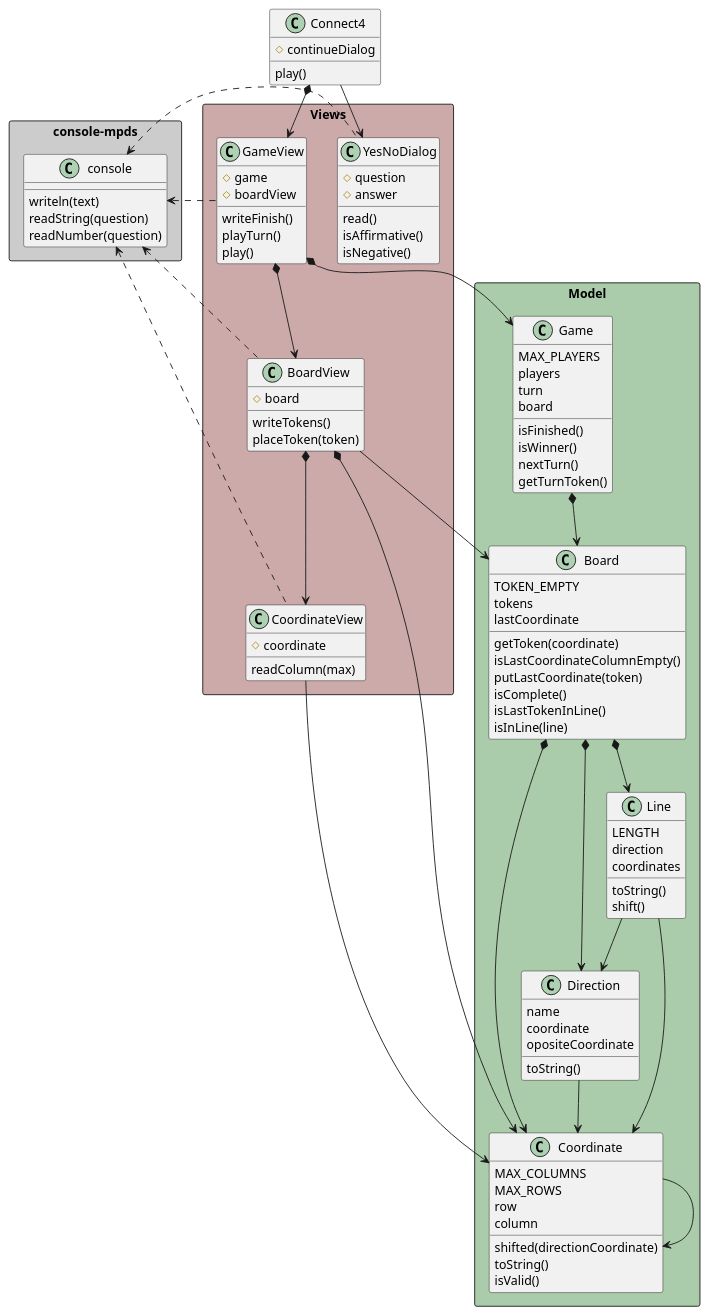
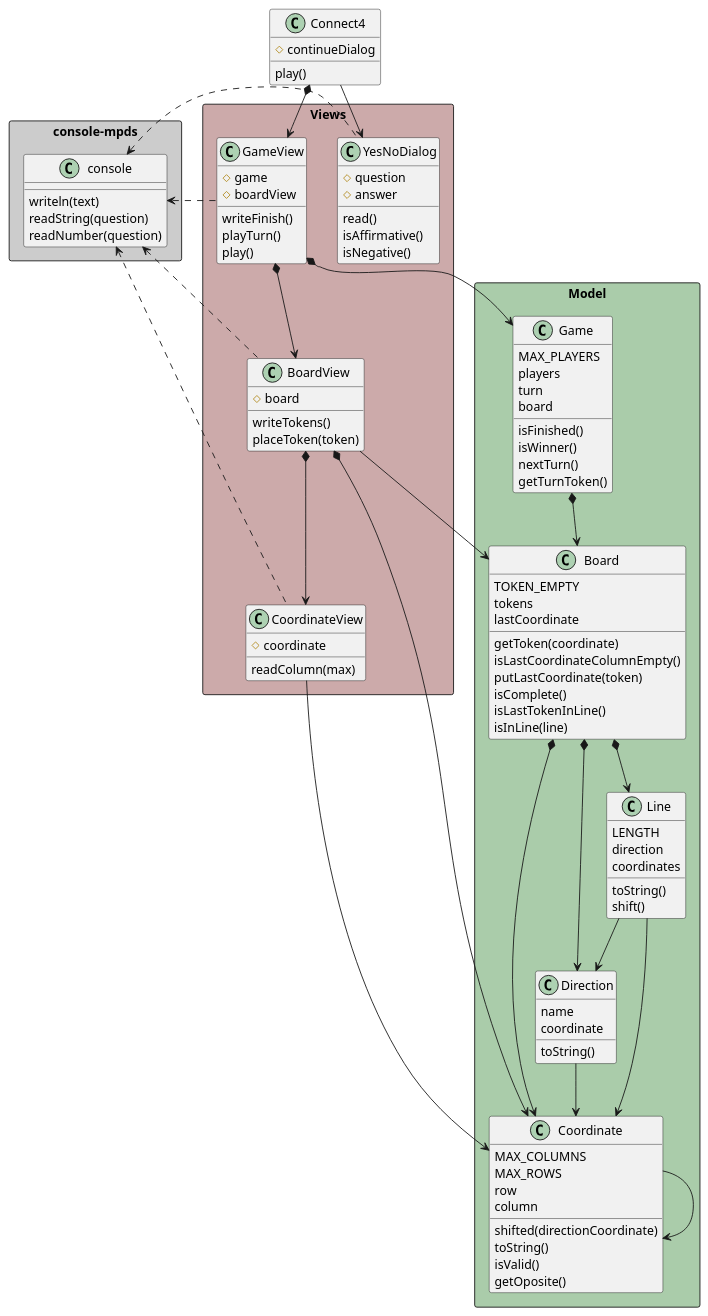
The diagram in game-connect4/docs/diagrams/objectOriented/constructorFunction/class diagram.plantuml (mpaulaherrero/escuelaIT), drawn with PlantUML before and after one commit. The commit also changed 2 other files, not shown here.

Commit message:
agregar Coordinate.getOposite y quitar Direction

```diff
--- a/game-connect4/docs/diagrams/objectOriented/constructorFunction/class diagram.plantuml
+++ b/game-connect4/docs/diagrams/objectOriented/constructorFunction/class diagram.plantuml
@@ -1,125 +1,125 @@
 @startuml connect4_constructorFunction_classdiagram
 
 package "console-mpds" <<Rectangle>> #ccc {
     class console {
         writeln(text)
         readString(question)
         readNumber(question)
     }
 }
 
 package "Model" <<Rectangle>> #aca {
     class Coordinate {
         MAX_COLUMNS
         MAX_ROWS
         row
         column
         shifted(directionCoordinate)
         toString()
         isValid()
+        getOposite()
     }
 
     class Direction {
         name
         coordinate
-        opositeCoordinate
         toString()
     }
 
     class Line {
         LENGTH
         direction
         coordinates
         toString()
         shift()
     }
 
     class Board {
         TOKEN_EMPTY
         tokens
         lastCoordinate
         getToken(coordinate)
         isLastCoordinateColumnEmpty()
         putLastCoordinate(token)
         isComplete()
         isLastTokenInLine()
         isInLine(line)
     }
 
     class Game {
         MAX_PLAYERS
         players
         turn
         board
         isFinished()
         isWinner()
         nextTurn()
         getTurnToken()
     }
 }
 
 package "Views" <<Rectangle>> #caa {
     class CoordinateView {
         #coordinate
         readColumn(max)
     }
 
     class BoardView{
         #board
         writeTokens()
         placeToken(token)
     }
 
     class GameView {
         #game
         #boardView
         writeFinish()
         playTurn()
         play()
     }
 
     class YesNoDialog {
         #question
         #answer
         read()
         isAffirmative()
         isNegative()
     }
 }
 
 class Connect4 {
     #continueDialog
     play()
 }
 
 Coordinate -> Coordinate
 
 CoordinateView -> Coordinate
 
 Direction -down-> Coordinate
 
 Line -down-> Coordinate
 Line -down-> Direction
 
 Board *-down-> Coordinate
 Board *-down-> Direction
 Board *-down-> Line
 
 BoardView *-down-> CoordinateView
 BoardView -down-> Board
 BoardView *-down-> Coordinate
 
 Game *-down-> Board
 
 GameView *-down-> Game
 GameView *-down-> BoardView
 
 Connect4 -down-> YesNoDialog
 Connect4 *-down-> GameView
 
 YesNoDialog .-l-> console
 GameView .-l-> console
 BoardView .-l-> console
 CoordinateView .-l-> console
 
 @enduml
```
